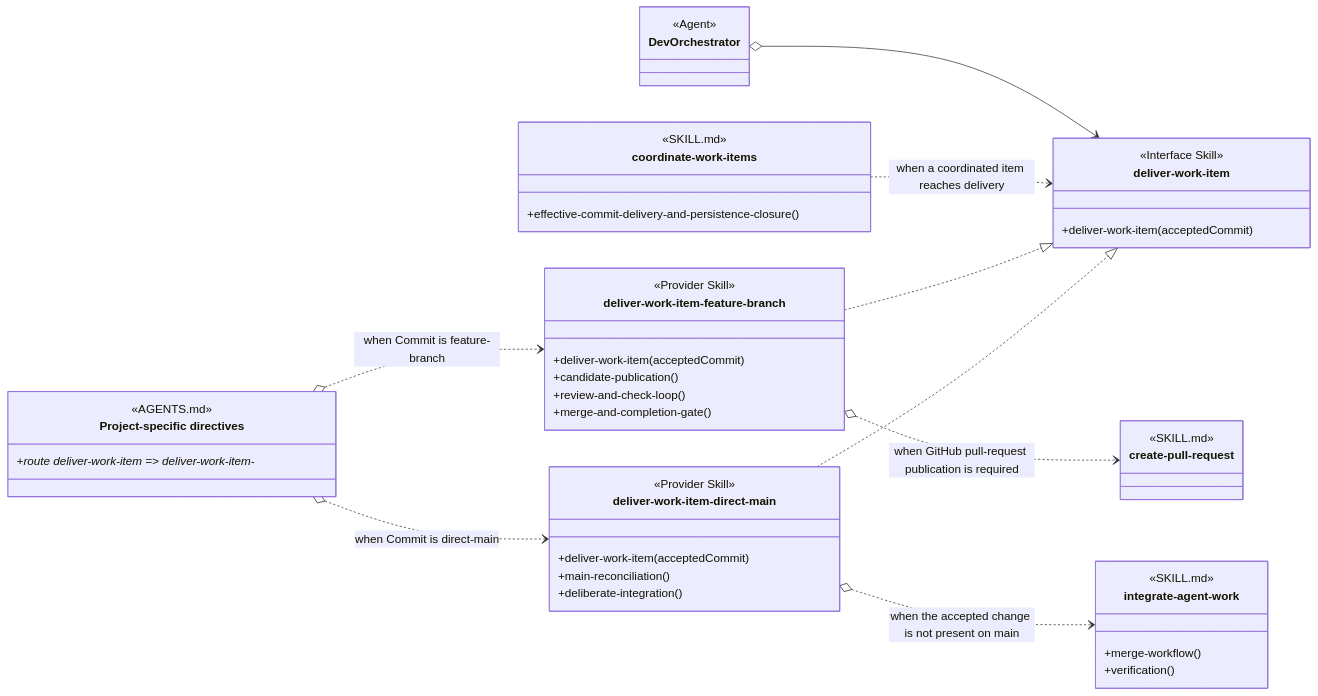
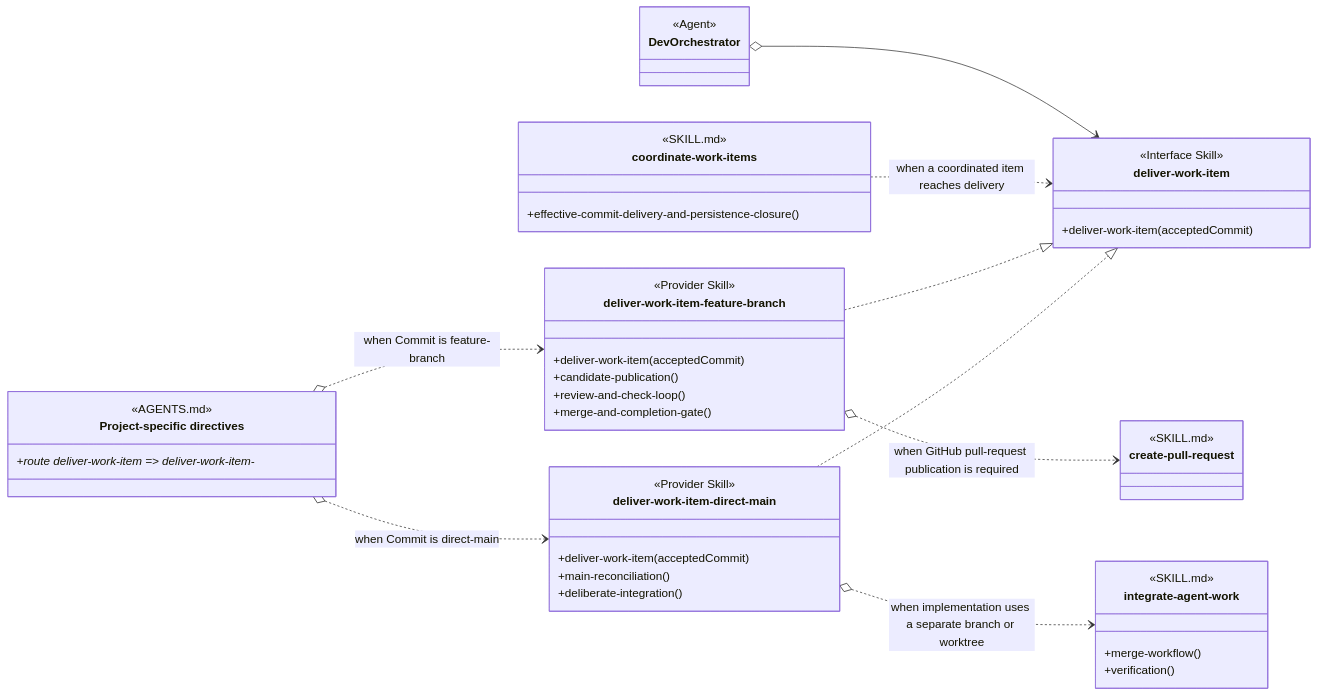
One commit to martinbechard/dev-methodology changed the eighth of 8 diagrams in design/skill-groups/concurrent-tasking.md. Above: the diagram before and after it, drawn with Mermaid. The commit also changed other lines of this file and 1 other file, not shown here.

````diff
--- a/design/skill-groups/concurrent-tasking.md
+++ b/design/skill-groups/concurrent-tasking.md
@@ -635,60 +635,60 @@
 ```mermaid
 classDiagram
     direction LR
 
     class DevOrchestrator {
         <<Agent>>
     }
 
     class coordinate-work-items {
         <<SKILL.md>>
         <<Agent Skill>>
         +effective-commit-delivery-and-persistence-closure()
     }
 
     class project-specific-directives["Project-specific directives"] {
         <<AGENTS.md>>
         <<routing>>
         +route deliver-work-item => deliver-work-item-*
     }
 
     class DeliverWorkItem["deliver-work-item"] {
         <<Interface Skill>>
         +deliver-work-item(acceptedCommit)
     }
 
     class deliver-work-item-feature-branch {
         <<Provider Skill>>
         +deliver-work-item(acceptedCommit)
         +candidate-publication()
         +review-and-check-loop()
         +merge-and-completion-gate()
     }
 
     class deliver-work-item-direct-main {
         <<Provider Skill>>
         <<Cross-group>>
         +deliver-work-item(acceptedCommit)
         +main-reconciliation()
         +deliberate-integration()
     }
 
     class create-pull-request {
         <<SKILL.md>>
     }
 
     class integrate-agent-work {
         <<SKILL.md>>
         +merge-workflow()
         +verification()
     }
 
     DevOrchestrator o--> DeliverWorkItem
     coordinate-work-items ..> DeliverWorkItem : when a coordinated item reaches delivery
     project-specific-directives o..> deliver-work-item-feature-branch : when Commit is feature-branch
     project-specific-directives o..> deliver-work-item-direct-main : when Commit is direct-main
     deliver-work-item-feature-branch ..|> DeliverWorkItem
     deliver-work-item-direct-main ..|> DeliverWorkItem
     deliver-work-item-feature-branch o..> create-pull-request : when GitHub pull-request publication is required
-    deliver-work-item-direct-main o..> integrate-agent-work : when the accepted change is not present on main
+    deliver-work-item-direct-main o..> integrate-agent-work : when implementation uses a separate branch or worktree
 ```
````
